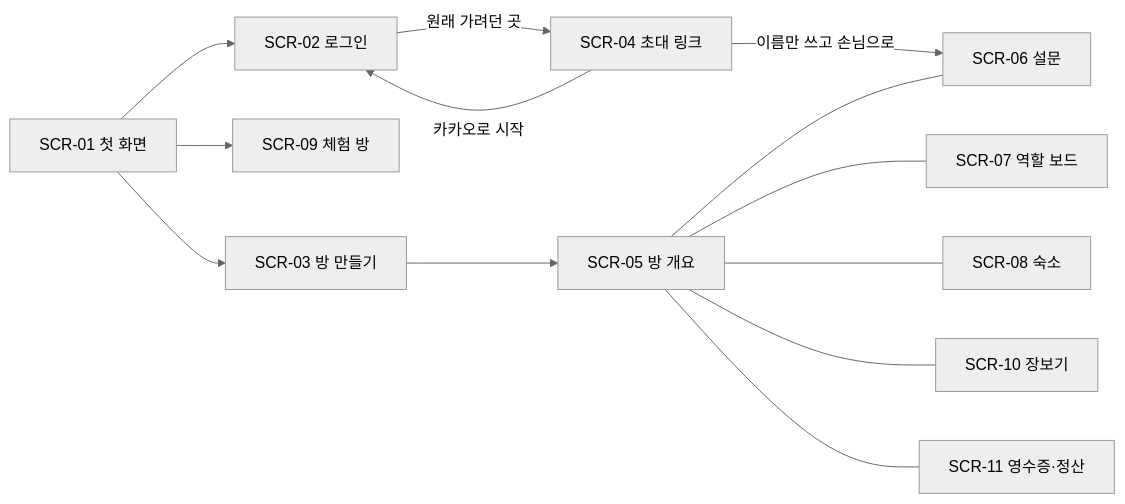
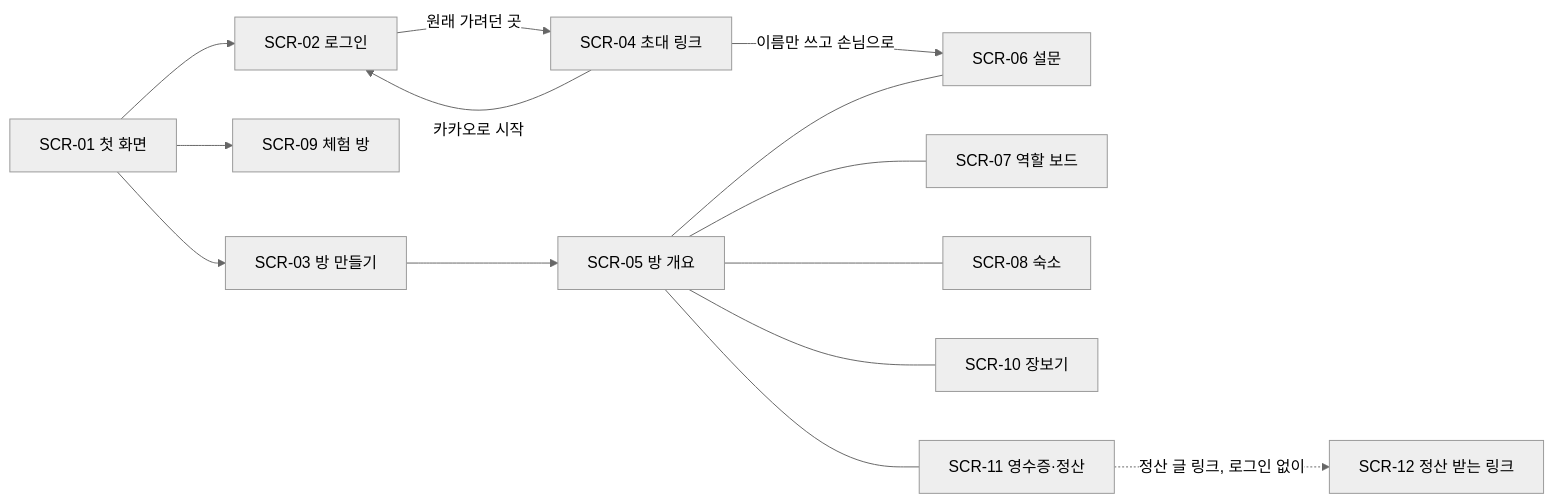
One commit to jihun-moon/bootcamp-2nd-project changed the diagram in docs/02-화면설계.md. Above: the diagram before and after it, drawn with Mermaid (neutral theme). The commit also changed other lines of this file and 17 other files, not shown here.

````diff
--- a/docs/02-화면설계.md
+++ b/docs/02-화면설계.md
@@ -30,15 +31,16 @@
 ```mermaid
 flowchart LR
     A[SCR-01 첫 화면] --> B[SCR-02 로그인]
     A --> I[SCR-09 체험 방]
     A --> C[SCR-03 방 만들기]
     C --> E[SCR-05 방 개요]
     D[SCR-04 초대 링크] -- 이름만 쓰고 손님으로 --> F[SCR-06 설문]
     D -- 카카오로 시작 --> B
     B -- 원래 가려던 곳 --> D
     E --- F
     E --- G[SCR-07 역할 보드]
     E --- H[SCR-08 숙소]
     E --- J[SCR-10 장보기]
     E --- K[SCR-11 영수증·정산]
+    K -. 정산 글 링크, 로그인 없이 .-> L[SCR-12 정산 받는 링크]
 ```
````
